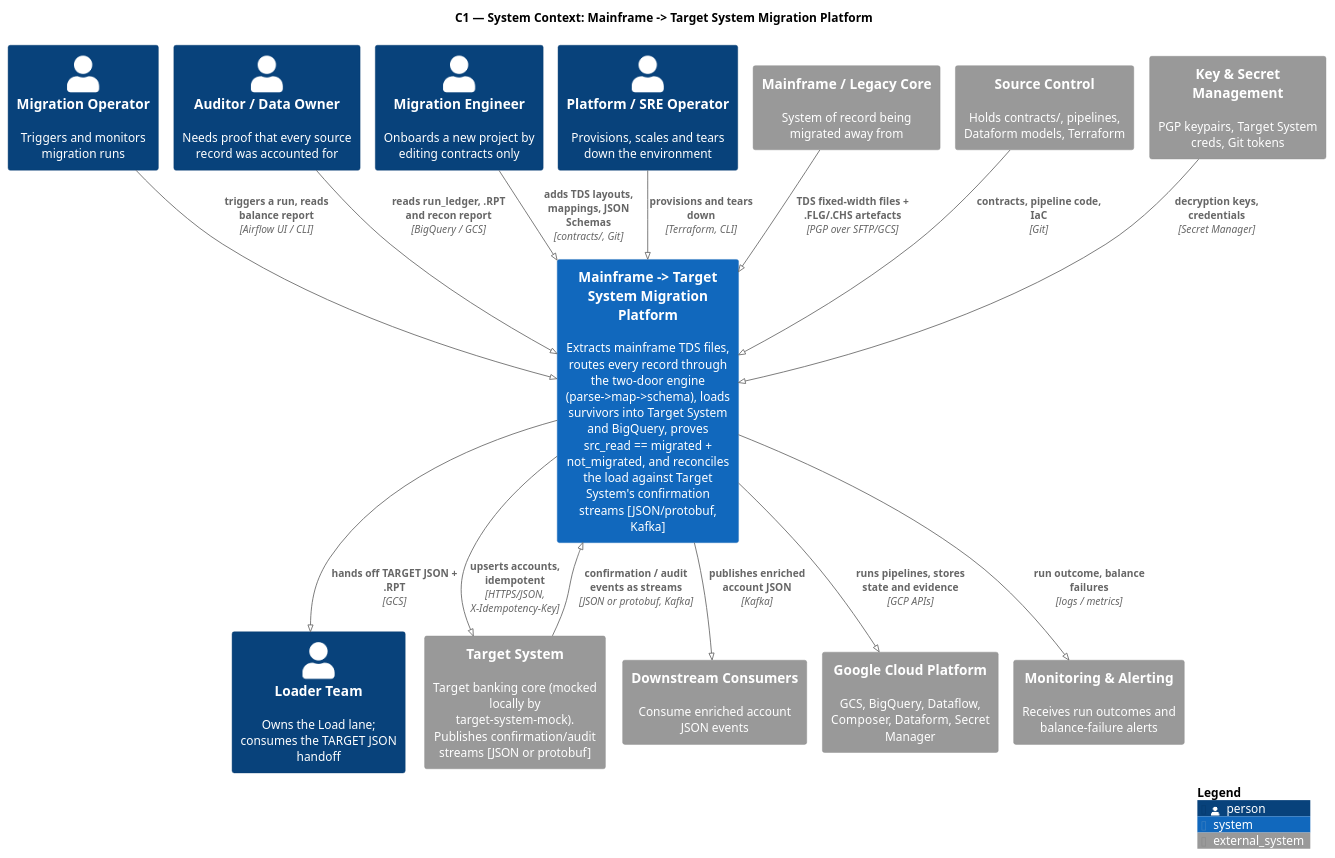
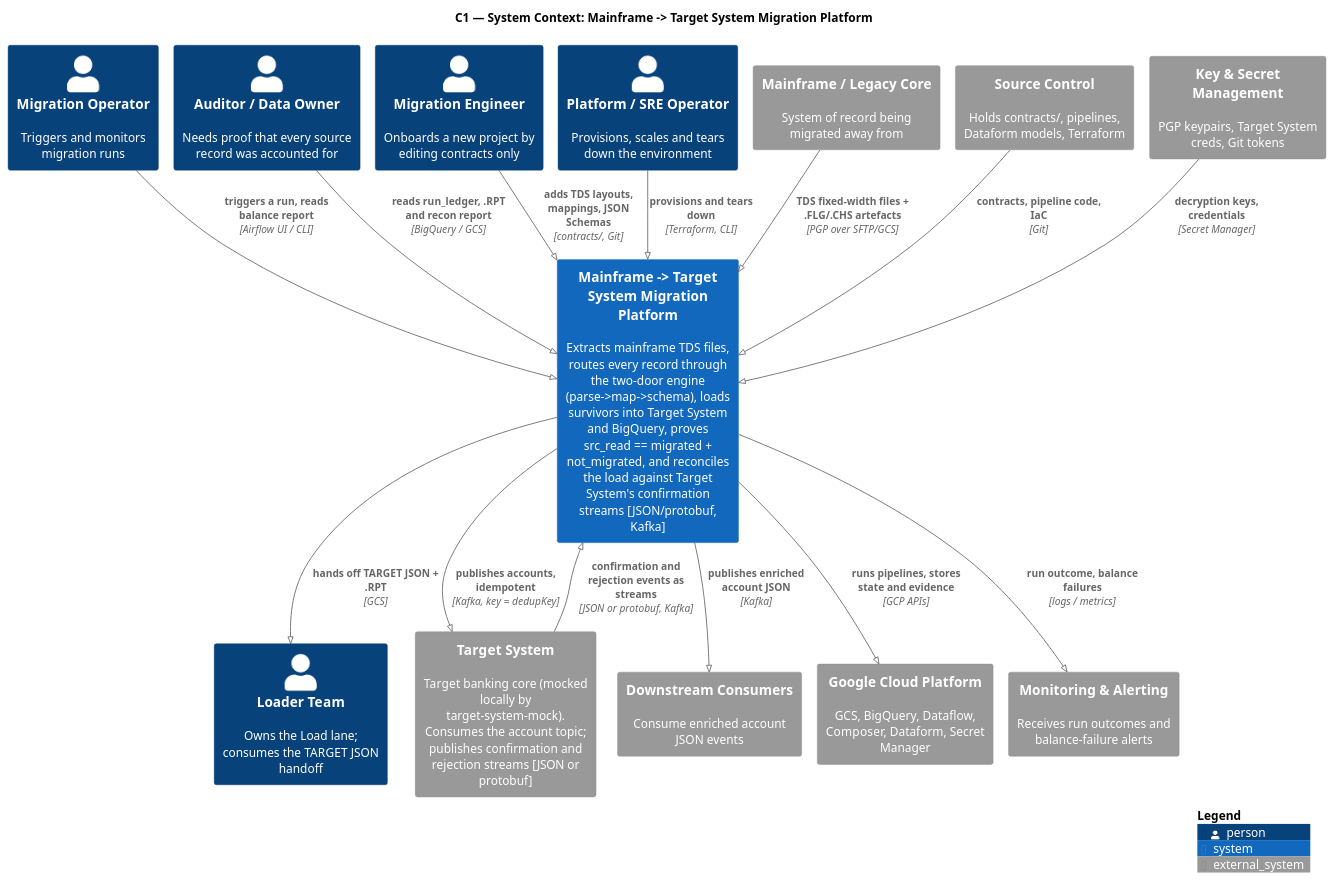
The diagram in docs/plantuml/readme-03-c1-system-context.puml (adrian-balaban/test-gcp-dataflow-dataform-cloud-composer), drawn with PlantUML before and after one commit. The commit also changed 49 other files, not shown here.

```diff
--- a/docs/plantuml/readme-03-c1-system-context.puml
+++ b/docs/plantuml/readme-03-c1-system-context.puml
@@ -1,41 +1,41 @@
 @startuml readme-03-c1-system-context
 ' PlantUML equivalent of README.md "Slide 3 — C1, System Context"
 ' Uses the C4-PlantUML stdlib shipped with PlantUML.
 !pragma layout smetana
 !include <C4/C4_Context>
 
 title C1 — System Context: Mainframe -> Target System Migration Platform
 
 Person(MO,  "Migration Operator",      "Triggers and monitors migration runs")
 Person(AUD, "Auditor / Data Owner",    "Needs proof that every source record was accounted for")
 Person(ENG, "Migration Engineer",      "Onboards a new project by editing contracts only")
 Person(SRE, "Platform / SRE Operator", "Provisions, scales and tears down the environment")
 Person(LDT, "Loader Team",             "Owns the Load lane; consumes the TARGET JSON handoff")
 
 System(SYS, "Mainframe -> Target System Migration Platform", "Extracts mainframe TDS files, routes every record through the two-door engine (parse->map->schema), loads survivors into Target System and BigQuery, proves src_read == migrated + not_migrated, and reconciles the load against Target System's confirmation streams [JSON/protobuf, Kafka]")
 
 System_Ext(MF,   "Mainframe / Legacy Core",   "System of record being migrated away from")
-System_Ext(VC,   "Target System",             "Target banking core (mocked locally by target-system-mock). Publishes confirmation/audit streams [JSON or protobuf]")
+System_Ext(VC,   "Target System",             "Target banking core (mocked locally by target-system-mock). Consumes the account topic; publishes confirmation and rejection streams [JSON or protobuf]")
 System_Ext(DS,   "Downstream Consumers",      "Consume enriched account JSON events")
 System_Ext(PLAT, "Google Cloud Platform",     "GCS, BigQuery, Dataflow, Composer, Dataform, Secret Manager")
 System_Ext(SCM,  "Source Control",            "Holds contracts/, pipelines, Dataform models, Terraform")
 System_Ext(KMS,  "Key & Secret Management",   "PGP keypairs, Target System creds, Git tokens")
 System_Ext(MON,  "Monitoring & Alerting",     "Receives run outcomes and balance-failure alerts")
 
 Rel(MO,  SYS, "triggers a run, reads balance report", "Airflow UI / CLI")
 Rel(ENG, SYS, "adds TDS layouts, mappings, JSON Schemas", "contracts/, Git")
 Rel(AUD, SYS, "reads run_ledger, .RPT and recon report", "BigQuery / GCS")
 Rel(SRE, SYS, "provisions and tears down", "Terraform, CLI")
 Rel(SYS, LDT, "hands off TARGET JSON + .RPT", "GCS")
 
 Rel(MF,  SYS, "TDS fixed-width files + .FLG/.CHS artefacts", "PGP over SFTP/GCS")
-Rel(SYS, VC,  "upserts accounts, idempotent", "HTTPS/JSON, X-Idempotency-Key")
-Rel(VC,  SYS, "confirmation / audit events as streams", "JSON or protobuf, Kafka")
+Rel(SYS, VC,  "publishes accounts, idempotent", "Kafka, key = dedupKey")
+Rel(VC,  SYS, "confirmation and rejection events as streams", "JSON or protobuf, Kafka")
 Rel(SYS, DS,  "publishes enriched account JSON", "Kafka")
 Rel(SYS, PLAT,"runs pipelines, stores state and evidence", "GCP APIs")
 Rel(SCM, SYS, "contracts, pipeline code, IaC", "Git")
 Rel(KMS, SYS, "decryption keys, credentials", "Secret Manager")
 Rel(SYS, MON, "run outcome, balance failures", "logs / metrics")
 
 SHOW_LEGEND()
 @enduml
```
